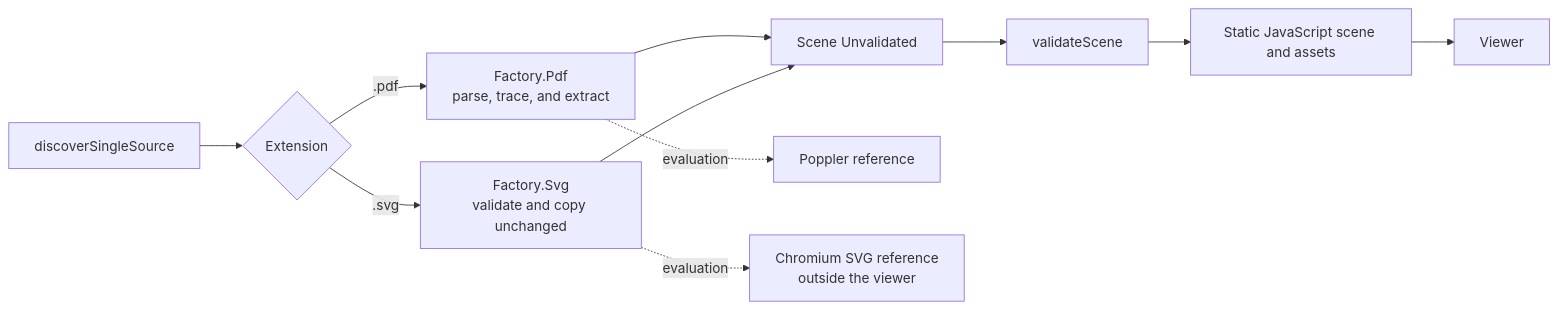
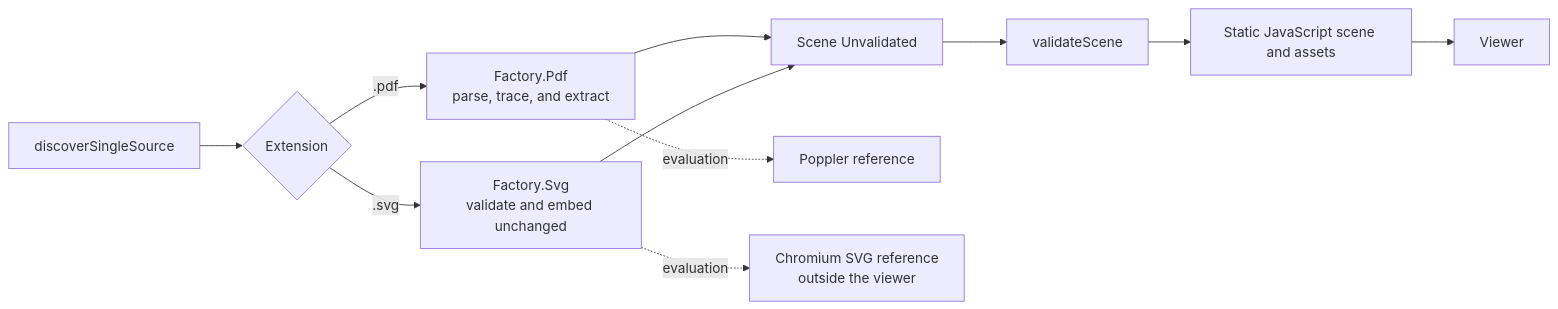
Before and after one commit to bajor/notes-website-factory-workflow: the third of 4 diagrams in docs/architecture.md, drawn with Mermaid. The commit also changed other lines of this file and 10 other files, not shown here.

````diff
--- a/docs/architecture.md
+++ b/docs/architecture.md
@@ -78,11 +78,11 @@
 ```mermaid
 flowchart LR
   Discover[discoverSingleSource] --> Kind{Extension}
   Kind -->|.pdf| Pdf[Factory.Pdf<br/>parse, trace, and extract]
-  Kind -->|.svg| Svg[Factory.Svg<br/>validate and copy unchanged]
+  Kind -->|.svg| Svg[Factory.Svg<br/>validate and embed unchanged]
   Pdf --> Raw[Scene Unvalidated]
   Svg --> Raw
   Raw --> Validate[validateScene] --> Emit[Static JavaScript scene and assets] --> Browser[Viewer]
   Pdf -. evaluation .-> Poppler[Poppler reference]
   Svg -. evaluation .-> Direct[Chromium SVG reference<br/>outside the viewer]
 ```
````
